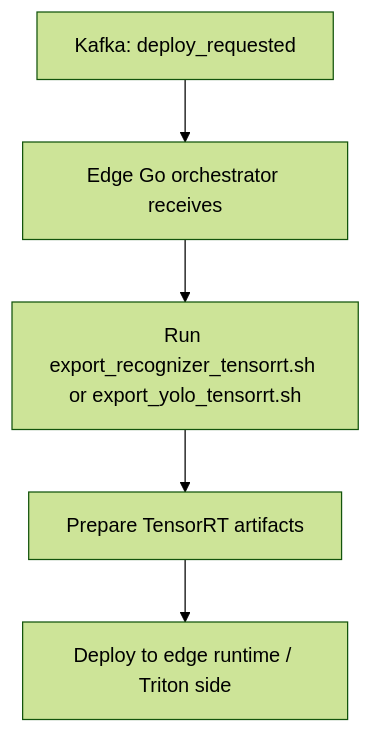
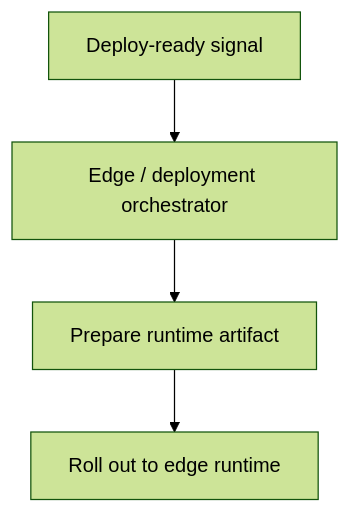
Before and after one commit to khanhminhtk/overwatch-edge-ai: diagram 13 of 13 in services/model-lifecycle-service/model-lifecycle-orchestrator-flow.md, drawn with Mermaid (forest theme). The commit also changed other lines of this file and 44 other files, not shown here.

````diff
--- a/services/model-lifecycle-service/model-lifecycle-orchestrator-flow.md
+++ b/services/model-lifecycle-service/model-lifecycle-orchestrator-flow.md
@@ -529,7 +799,6 @@
 ```mermaid
 flowchart TD
-    D1["Kafka: deploy_requested"] --> D2["Edge Go orchestrator receives"]
-    D2 --> D3["Run export_recognizer_tensorrt.sh or export_yolo_tensorrt.sh"]
-    D3 --> D4["Prepare TensorRT artifacts"]
-    D4 --> D5["Deploy to edge runtime / Triton side"]
+    DP1["Deploy-ready signal"] --> DP2["Edge / deployment orchestrator"]
+    DP2 --> DP3["Prepare runtime artifact"]
+    DP3 --> DP4["Roll out to edge runtime"]
 ```
````
